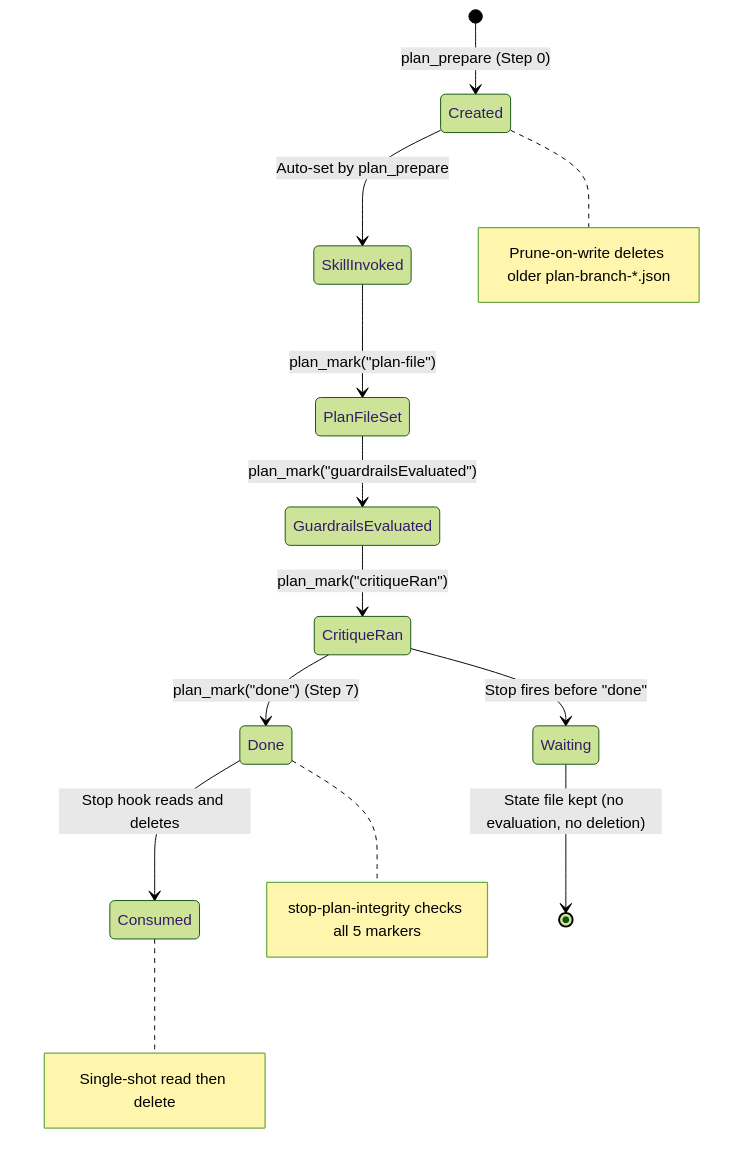
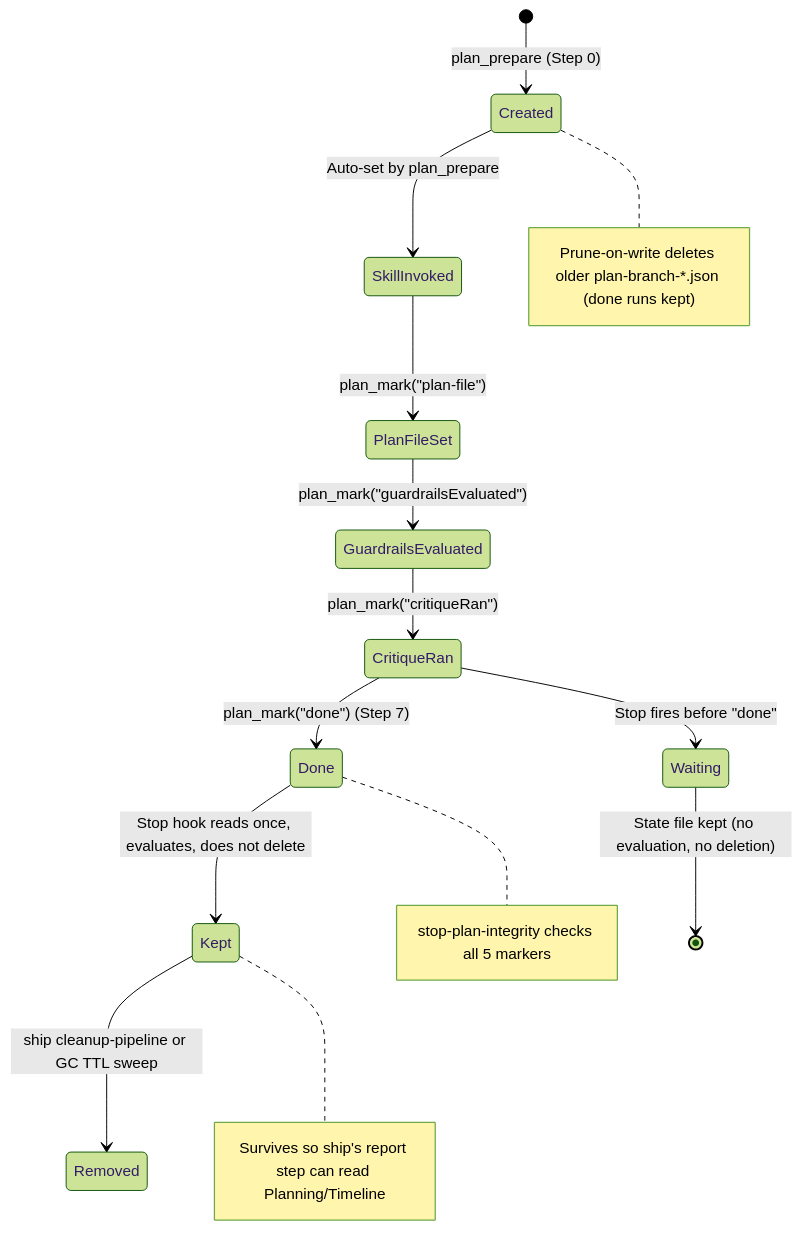
The fourth of 4 diagrams in docs/plan-architecture.md (rnagrodzki/sdlc-plugin), drawn with Mermaid (forest theme) before and after one commit. The commit also changed other lines of this file and 113 other files, not shown here.

First line of the commit message:
feat: base-branch-aware pipeline with OpenSpec staging and base-sync (#70)

````diff
--- a/docs/plan-architecture.md
+++ b/docs/plan-architecture.md
@@ -763,16 +848,17 @@
 ```mermaid
 stateDiagram-v2
     [*] --> Created: plan_prepare (Step 0)
     Created --> SkillInvoked: Auto-set by plan_prepare
     SkillInvoked --> PlanFileSet: plan_mark("plan-file")
     PlanFileSet --> GuardrailsEvaluated: plan_mark("guardrailsEvaluated")
     GuardrailsEvaluated --> CritiqueRan: plan_mark("critiqueRan")
     CritiqueRan --> Done: plan_mark("done") (Step 7)
-    Done --> Consumed: Stop hook reads and deletes
+    Done --> Kept: Stop hook reads once, evaluates, does not delete
+    Kept --> Removed: ship cleanup-pipeline or GC TTL sweep
     CritiqueRan --> Waiting: Stop fires before "done"
     Waiting --> [*]: State file kept (no evaluation, no deletion)
 
-    note right of Created: Prune-on-write deletes older plan-branch-*.json
+    note right of Created: Prune-on-write deletes older plan-branch-*.json (done runs kept)
     note right of Done: stop-plan-integrity checks all 5 markers
-    note right of Consumed: Single-shot read then delete
+    note right of Kept: Survives so ship's report step can read Planning/Timeline
 ```
````
